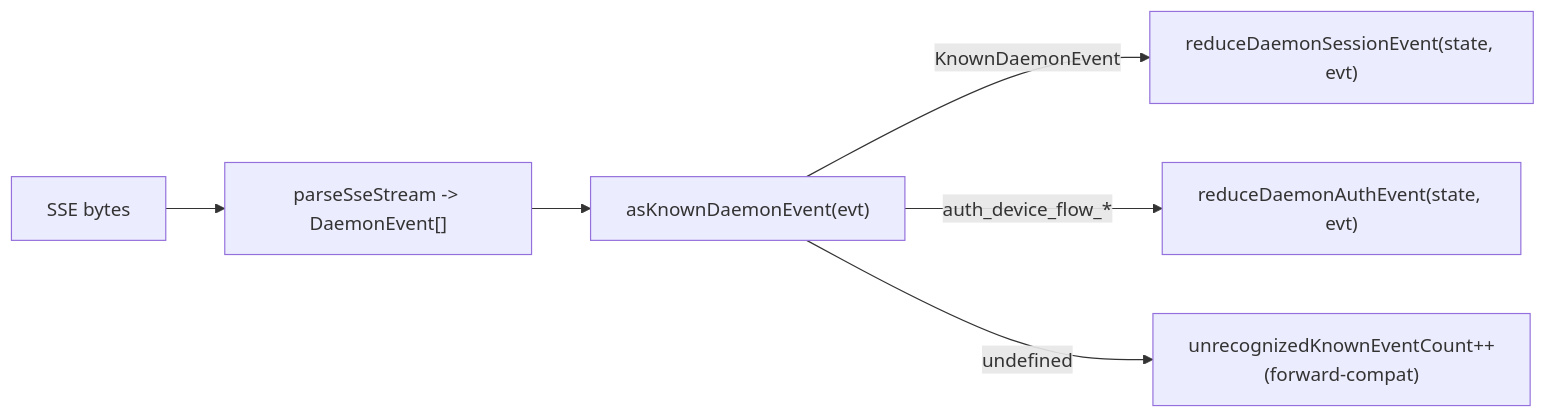
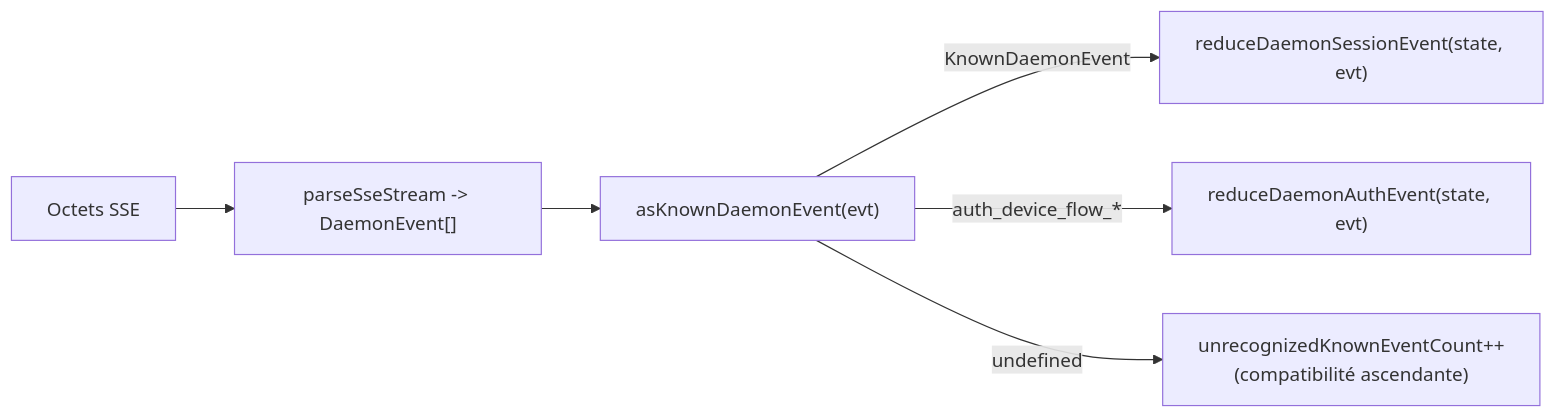
Before and after one commit to QwenLM/qwen-code-docs: the second of 2 diagrams in website/content/fr/developers/daemon/09-event-schema.md, drawn with Mermaid. The commit also changed other lines of this file and 1077 other files, not shown here.

````diff
--- a/website/content/fr/developers/daemon/09-event-schema.md
+++ b/website/content/fr/developers/daemon/09-event-schema.md
@@ -176,8 +179,8 @@
 ```mermaid
 flowchart LR
-    A["SSE bytes"] --> B["parseSseStream -> DaemonEvent[]"]
+    A["Octets SSE"] --> B["parseSseStream -> DaemonEvent[]"]
     B --> C["asKnownDaemonEvent(evt)"]
     C -->|"KnownDaemonEvent"| D["reduceDaemonSessionEvent(state, evt)"]
     C -->|"auth_device_flow_*"| E["reduceDaemonAuthEvent(state, evt)"]
-    C -->|"undefined"| F["unrecognizedKnownEventCount++<br/>(forward-compat)"]
+    C -->|"undefined"| F["unrecognizedKnownEventCount++<br/>(compatibilité ascendante)"]
 ```
````
